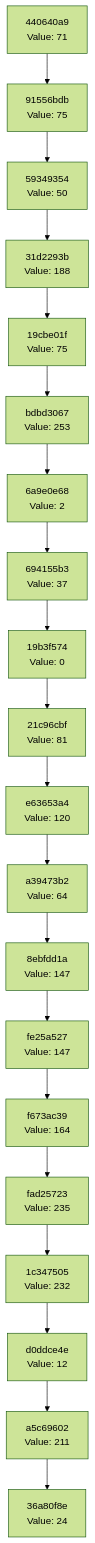
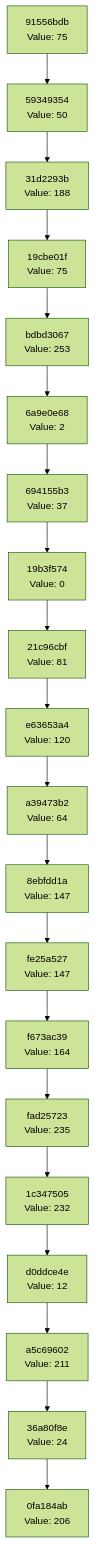
One commit to Abhisheksinha1506/hash-chain-evolver changed the diagram in docs/CHAIN_VISUALIZATION.md. Above: the diagram before and after it, drawn with Mermaid (forest theme). The commit also changed 2 other files, not shown here.

Commit message:
Evolution step: hash 0xCE → action executed

````diff
--- a/docs/CHAIN_VISUALIZATION.md
+++ b/docs/CHAIN_VISUALIZATION.md
@@ -3,42 +3,42 @@
 ```mermaid
 graph TD
-    C0["36a80f8e<br/>Value: 24"]
-    C1["a5c69602<br/>Value: 211"]
+    C0["0fa184ab<br/>Value: 206"]
+    C1["36a80f8e<br/>Value: 24"]
     C1 --> C0
-    C2["d0ddce4e<br/>Value: 12"]
+    C2["a5c69602<br/>Value: 211"]
     C2 --> C1
-    C3["1c347505<br/>Value: 232"]
+    C3["d0ddce4e<br/>Value: 12"]
     C3 --> C2
-    C4["fad25723<br/>Value: 235"]
+    C4["1c347505<br/>Value: 232"]
     C4 --> C3
-    C5["f673ac39<br/>Value: 164"]
+    C5["fad25723<br/>Value: 235"]
     C5 --> C4
-    C6["fe25a527<br/>Value: 147"]
+    C6["f673ac39<br/>Value: 164"]
     C6 --> C5
-    C7["8ebfdd1a<br/>Value: 147"]
+    C7["fe25a527<br/>Value: 147"]
     C7 --> C6
-    C8["a39473b2<br/>Value: 64"]
+    C8["8ebfdd1a<br/>Value: 147"]
     C8 --> C7
-    C9["e63653a4<br/>Value: 120"]
+    C9["a39473b2<br/>Value: 64"]
     C9 --> C8
-    C10["21c96cbf<br/>Value: 81"]
+    C10["e63653a4<br/>Value: 120"]
     C10 --> C9
-    C11["19b3f574<br/>Value: 0"]
+    C11["21c96cbf<br/>Value: 81"]
     C11 --> C10
-    C12["694155b3<br/>Value: 37"]
+    C12["19b3f574<br/>Value: 0"]
     C12 --> C11
-    C13["6a9e0e68<br/>Value: 2"]
+    C13["694155b3<br/>Value: 37"]
     C13 --> C12
-    C14["bdbd3067<br/>Value: 253"]
+    C14["6a9e0e68<br/>Value: 2"]
     C14 --> C13
-    C15["19cbe01f<br/>Value: 75"]
+    C15["bdbd3067<br/>Value: 253"]
     C15 --> C14
-    C16["31d2293b<br/>Value: 188"]
+    C16["19cbe01f<br/>Value: 75"]
     C16 --> C15
-    C17["59349354<br/>Value: 50"]
+    C17["31d2293b<br/>Value: 188"]
     C17 --> C16
-    C18["91556bdb<br/>Value: 75"]
+    C18["59349354<br/>Value: 50"]
     C18 --> C17
-    C19["440640a9<br/>Value: 71"]
+    C19["91556bdb<br/>Value: 75"]
     C19 --> C18
 ```
````
